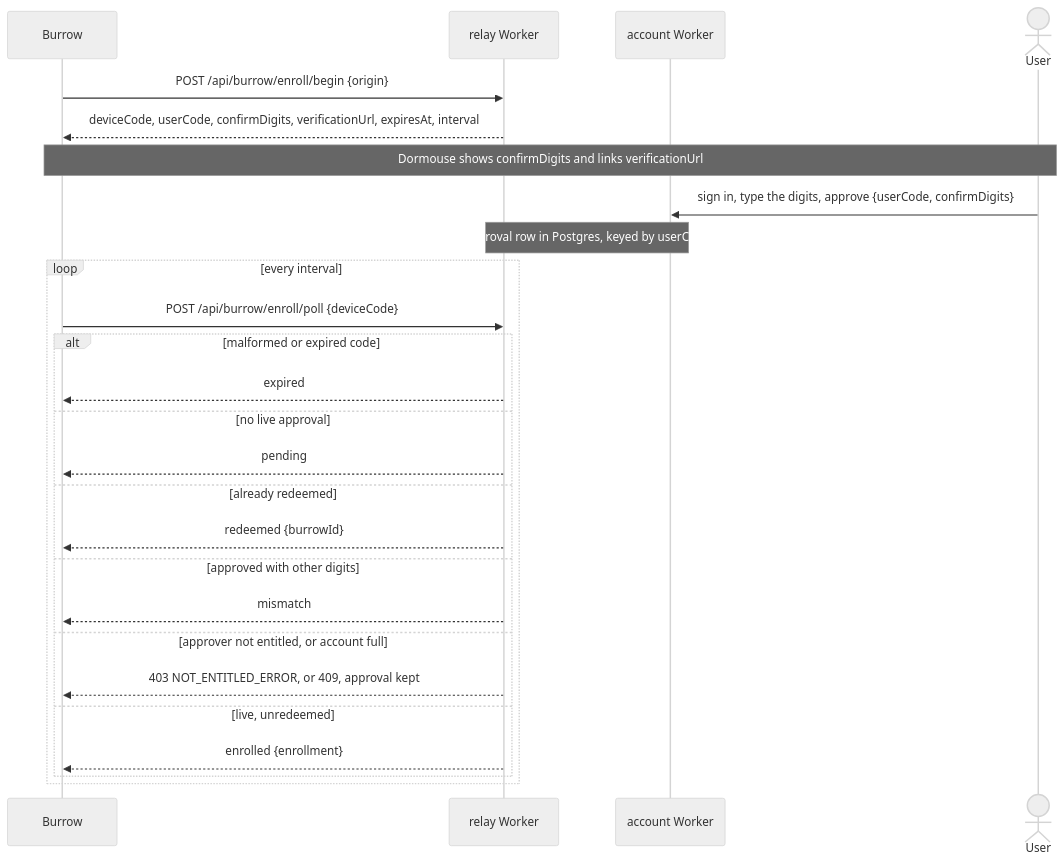
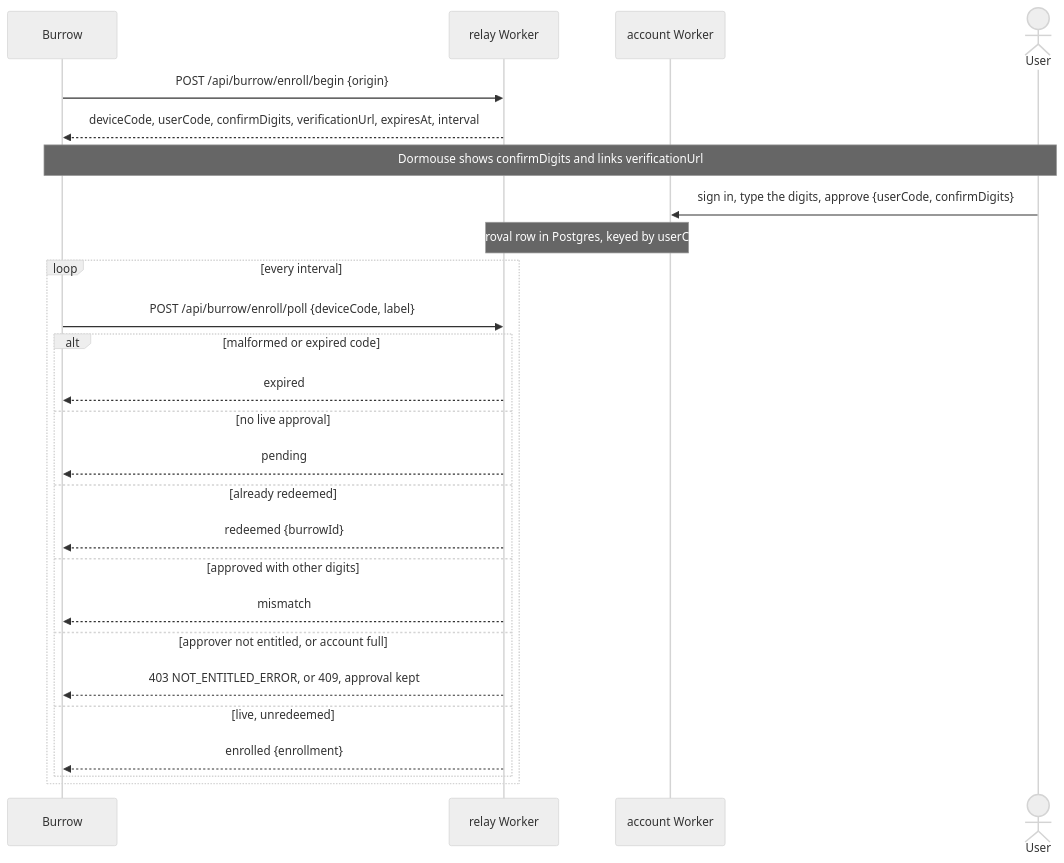
One commit to diffplug/dormouse changed the diagram in docs/specs/hosted.md. Above: the diagram before and after it, drawn with Mermaid (neutral theme). The commit also changed other lines of this file and 17 other files, not shown here.

````diff
--- a/docs/specs/hosted.md
+++ b/docs/specs/hosted.md
@@ -180,28 +180,28 @@
 ```mermaid
 sequenceDiagram
   participant Burrow
   participant R as relay Worker
   participant A as account Worker
   actor User
   Burrow->>R: POST /api/burrow/enroll/begin {origin}
   R-->>Burrow: deviceCode, userCode, confirmDigits, verificationUrl, expiresAt, interval
   Note over Burrow,User: Dormouse shows confirmDigits and links verificationUrl
   User->>A: sign in, type the digits, approve {userCode, confirmDigits}
   Note over R,A: approval row in Postgres, keyed by userCode
   loop every interval
-    Burrow->>R: POST /api/burrow/enroll/poll {deviceCode}
+    Burrow->>R: POST /api/burrow/enroll/poll {deviceCode, label}
     alt malformed or expired code
       R-->>Burrow: expired
     else no live approval
       R-->>Burrow: pending
     else already redeemed
       R-->>Burrow: redeemed {burrowId}
     else approved with other digits
       R-->>Burrow: mismatch
     else approver not entitled, or account full
       R-->>Burrow: 403 NOT_ENTITLED_ERROR, or 409, approval kept
     else live, unredeemed
       R-->>Burrow: enrolled {enrollment}
     end
   end
 ```
````
